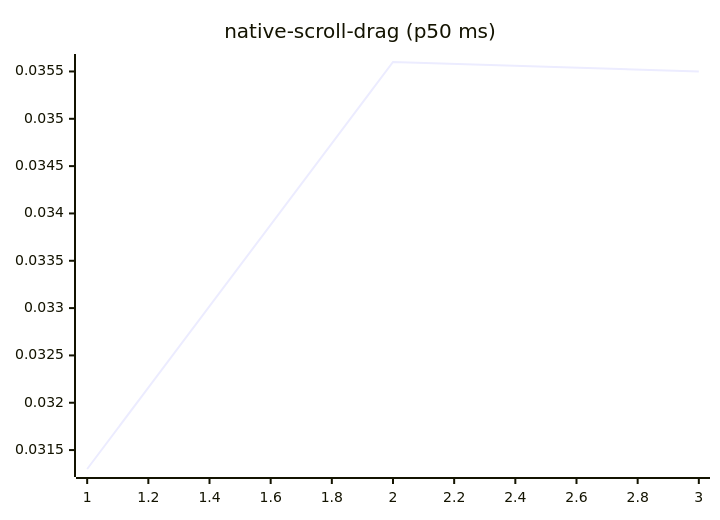
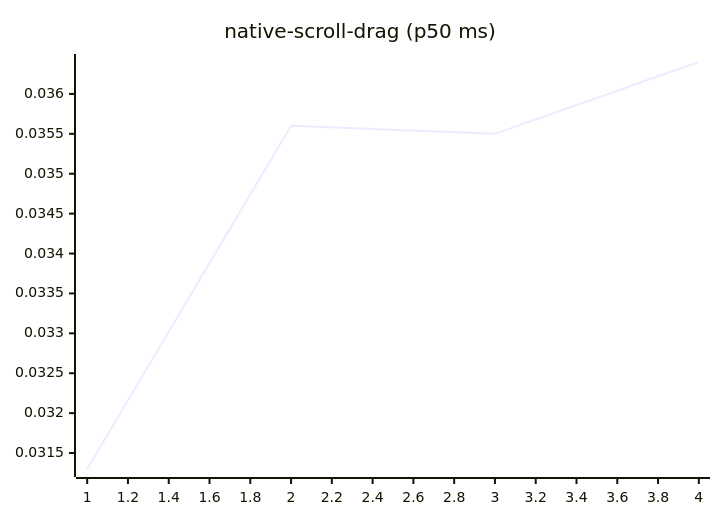
Diagram 14 of 27 in README.md (josha/Facet), drawn with Mermaid before and after one commit. The commit also changed other lines of this file and 2 other files, not shown here.

````diff
--- a/README.md
+++ b/README.md
@@ -154,6 +154,6 @@
 ```mermaid
 xychart-beta
     title "native-scroll-drag (p50 ms)"
-    x-axis 1 --> 3
-    line [0.0313, 0.0356, 0.0355]
+    x-axis 1 --> 4
+    line [0.0313, 0.0356, 0.0355, 0.0364]
 ```
````
